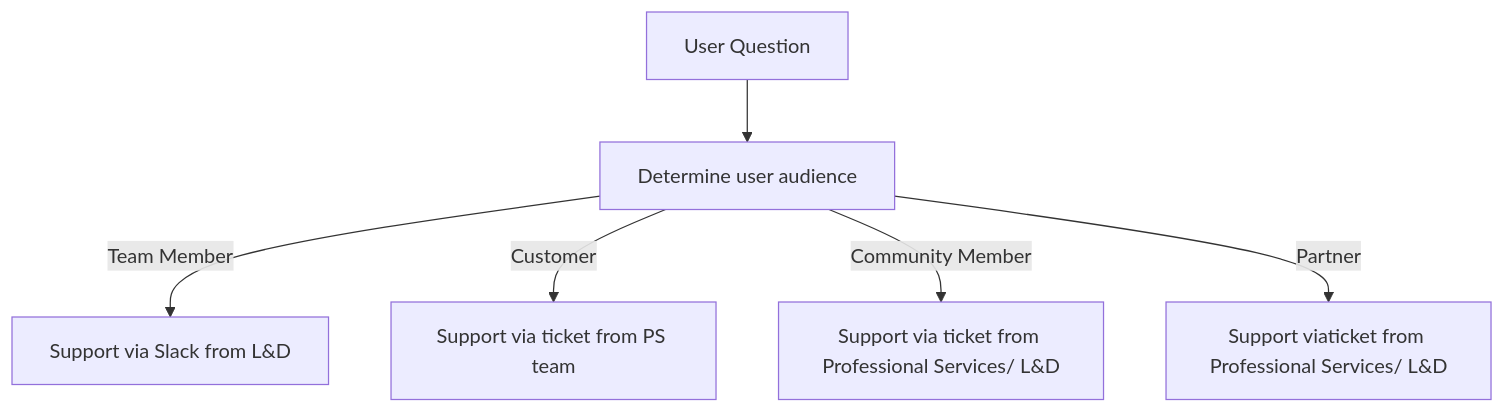
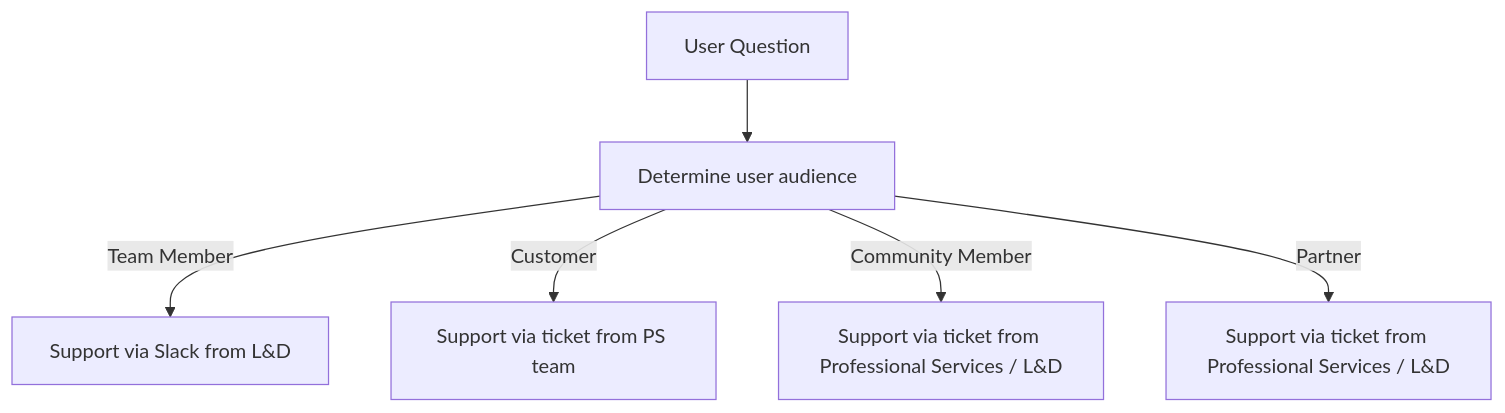
Before and after one commit to secretstartups/handbook: the first of 2 diagrams in people-group/learning-and-development/gitlab-learn/admin/index.html.md, drawn with Mermaid.

Commit message:
minor edit

````diff
--- a/people-group/learning-and-development/gitlab-learn/admin/index.html.md
+++ b/people-group/learning-and-development/gitlab-learn/admin/index.html.md
@@ -994,9 +994,9 @@
 ```mermaid
 graph TD
     A[User Question] --> B[Determine user audience]
     B -->|Team Member| D[Support via Slack from L&D]
     B -->|Customer| E[Support via ticket from PS team]
-    B -->|Community Member| F[Support via ticket from Professional Services/ L&D]
-    B -->|Partner| G[Support viaticket from Professional Services/ L&D]
+    B -->|Community Member| F[Support via ticket from Professional Services / L&D]
+    B -->|Partner| G[Support via ticket from Professional Services / L&D]
 
 ```
````
